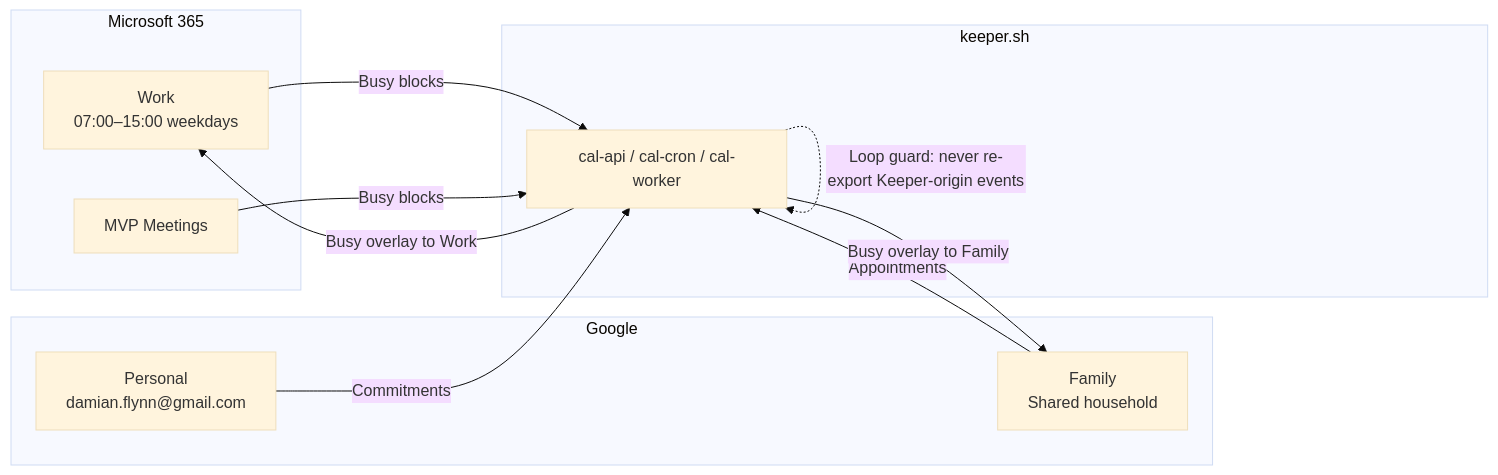
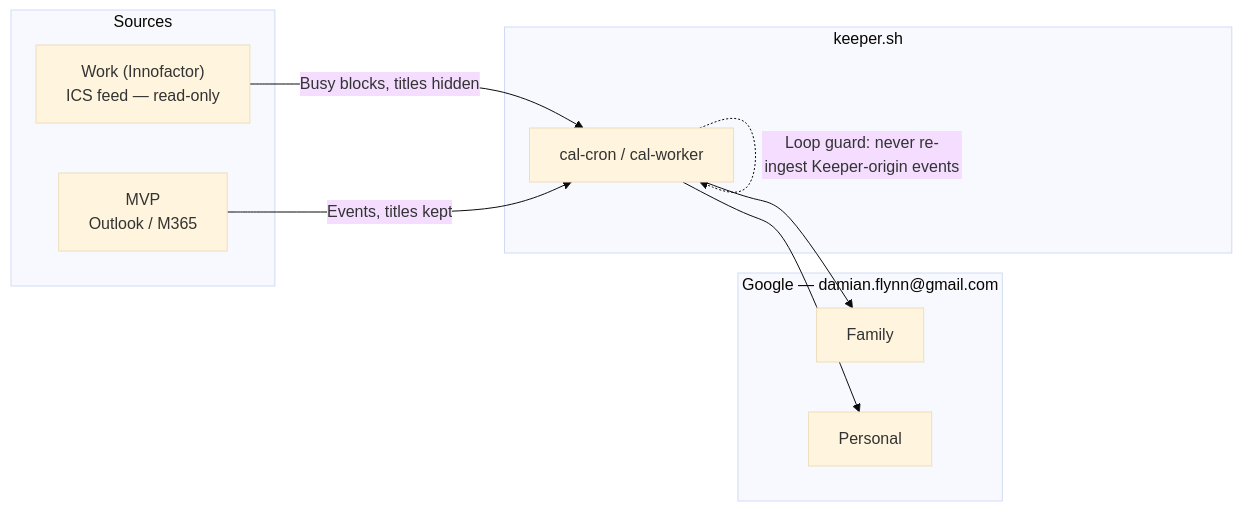
The first of 3 diagrams in stacks/selfhosted/keeper-sh/README.md (DamianFlynn/selfhost-stacks), drawn with Mermaid (base theme) before and after one commit. The commit also changed other lines of this file, not shown here.

First line of the commit message:
docs(keeper-sh): rewrite README against measured live state

````diff
--- a/stacks/selfhosted/keeper-sh/README.md
+++ b/stacks/selfhosted/keeper-sh/README.md
@@ -44,26 +65,24 @@
 ```mermaid
 flowchart LR
-    subgraph M365["Microsoft 365"]
-        W["Work<br/>07:00–15:00 weekdays"]
-        M["MVP Meetings"]
+    subgraph Sources["Sources"]
+        W["Work (Innofactor)<br/>ICS feed — read-only"]
+        M["MVP<br/>Outlook / M365"]
     end
 
-    subgraph Google["Google"]
-        F["Family<br/>Shared household"]
-        P["Personal<br/>damian.flynn@gmail.com"]
+    subgraph Google["Google — damian.flynn@gmail.com"]
+        F["Family"]
+        P["Personal"]
     end
 
     subgraph Engine["keeper.sh"]
-        K["cal-api / cal-cron / cal-worker"]
+        K["cal-cron / cal-worker"]
     end
 
-    W -->|"Busy blocks"| K
-    M -->|"Busy blocks"| K
-    F -->|"Appointments"| K
-    P -->|"Commitments"| K
+    W -->|"Busy blocks, titles hidden"| K
+    M -->|"Events, titles kept"| K
 
-    K -->|"Busy overlay to Family"| F
-    K -->|"Busy overlay to Work"| W
+    K --> F
+    K --> P
 
-    K -. "Loop guard: never re-export Keeper-origin events" .-> K
+    K -. "Loop guard: never re-ingest Keeper-origin events" .-> K
 ```
````
